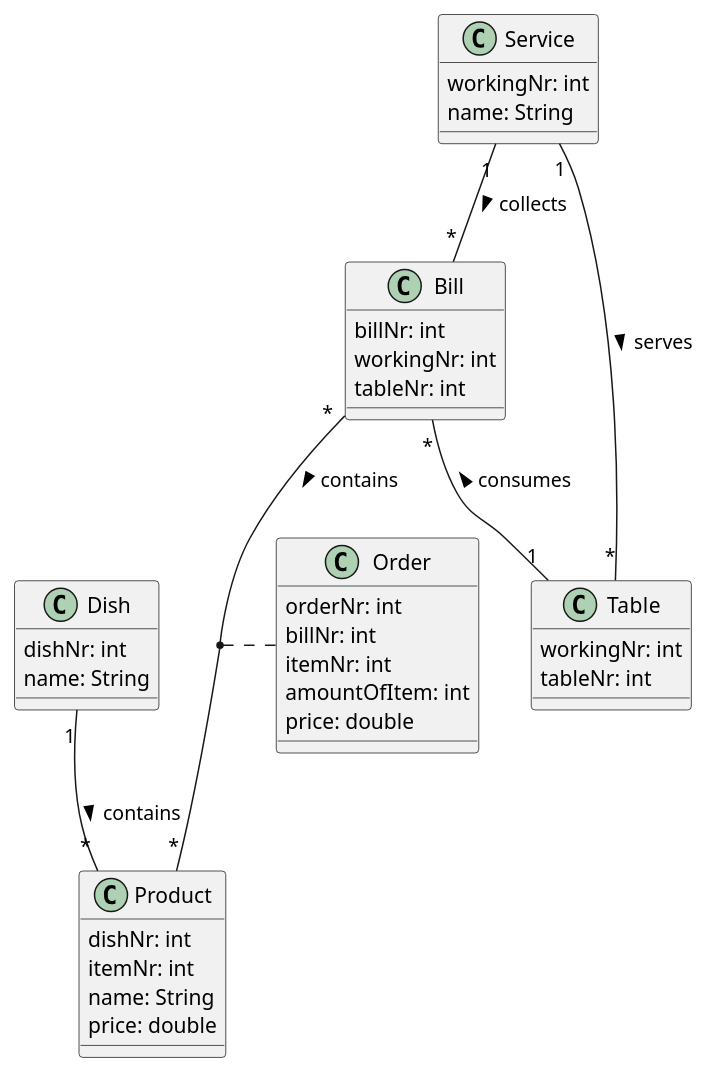
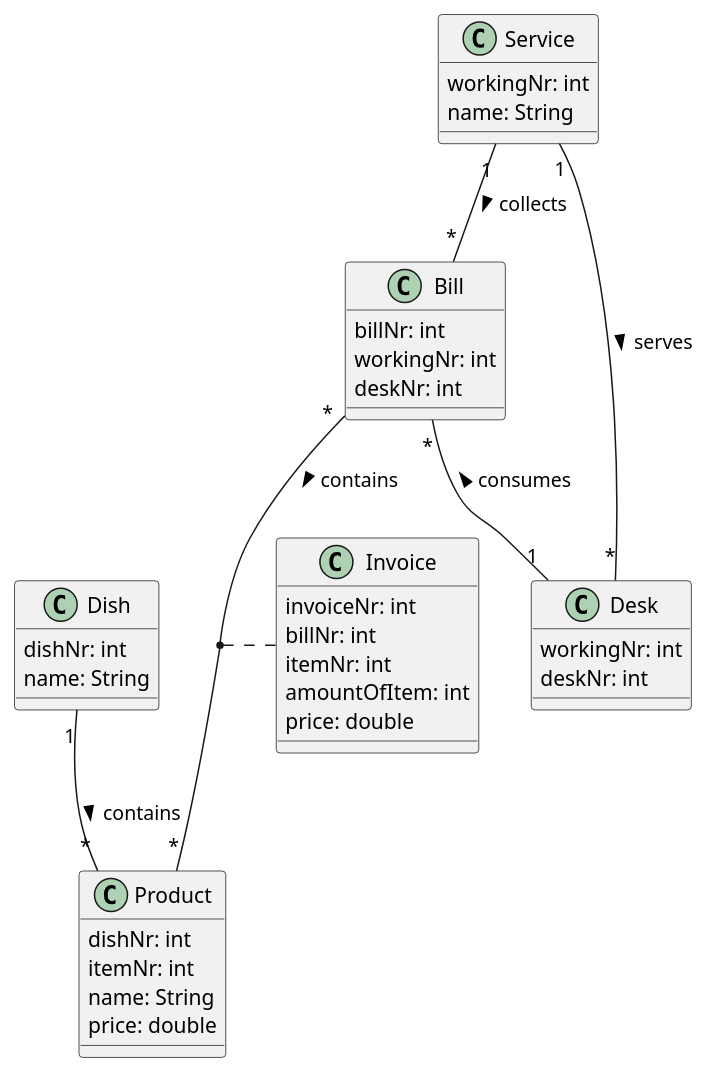
One commit to 2223-3bhif-syp/02-projekte-restaurant-bestellsystem changed the diagram in asciidocs/plantuml/dom.puml. Above: the diagram before and after it, drawn with PlantUML.

Commit message:
updated cld

```diff
--- a/asciidocs/plantuml/dom.puml
+++ b/asciidocs/plantuml/dom.puml
@@ -1,45 +1,45 @@
 @startuml
 class Dish {
 dishNr: int
 name: String
 }
 
 class Product {
 dishNr: int
 itemNr: int
 name: String
 price: double
 }
 
 class Bill {
 billNr: int
 workingNr: int
-tableNr: int
+deskNr: int
 }
 
 class Service {
 workingNr: int
 name: String
 }
 
-class Table {
+class Desk {
 workingNr: int
-tableNr: int
+deskNr: int
 }
 
-class Order {
-orderNr: int
+class Invoice {
+invoiceNr: int
 billNr: int
 itemNr: int
 amountOfItem: int
 price: double
 }
 
 
 Service "1" -- "*" Bill : > collects
-Bill "*" -- "1" Table : < consumes
-Service "1" -- "*" Table : > serves
+Bill "*" -- "1" Desk : < consumes
+Service "1" -- "*" Desk : > serves
 Dish "1" -- "*" Product : > contains
 Bill "*" -- "*" Product : > contains
-(Bill, Product) . Order
+(Bill, Product) . Invoice
 @enduml
```
